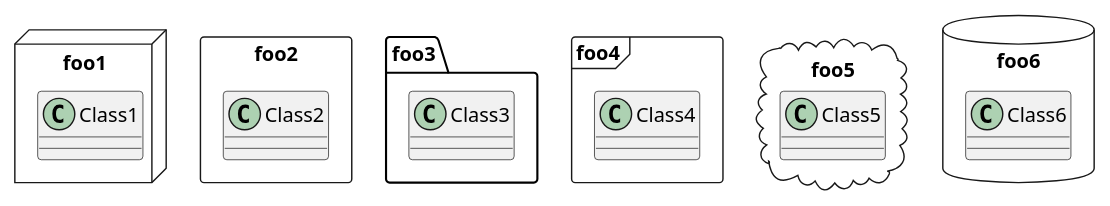
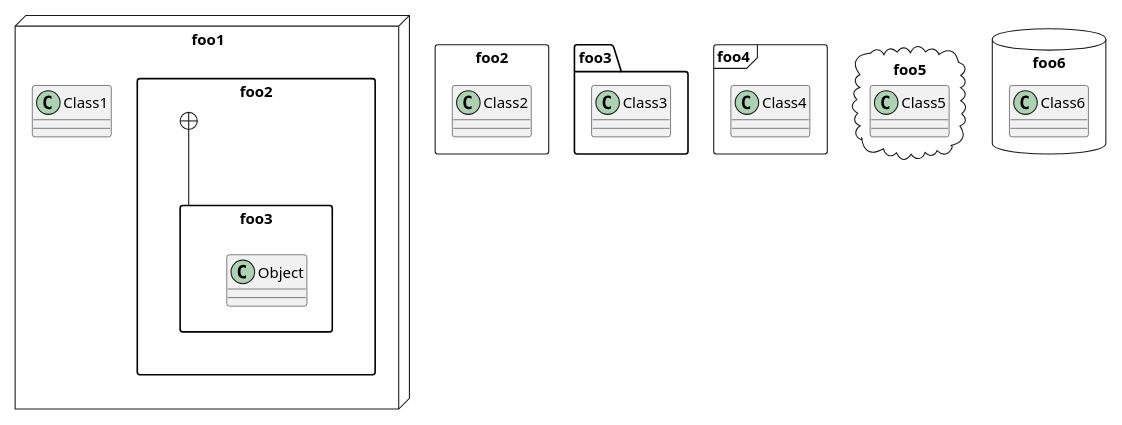
Before and after one commit to keinen-lab/plantUML: the diagram in class diagram/17. packages style.wsd, drawn with PlantUML.

Commit message:
add packages style addition
add packages style addition

```diff
--- a/class diagram/17. packages style.wsd
+++ b/class diagram/17. packages style.wsd
@@ -1,26 +1,38 @@
 @startuml
 scale 750 width
 package foo1 <<Node>> {
 	class Class1
 }
 
 package foo2 <<Rectangle>> {
 	class Class2
 }
 
 package foo3 <<Folder>> {
 	class Class3
 }
 
 package foo4 <<Frame>> {
 	class Class4
 }
 
 package foo5 <<Cloud>> {
 	class Class5
 }
 
 package foo6 <<Database>> {
 	class Class6
 }
+
+skinparam packageStyle rectangle
+
+package foo1.foo2 {
+
+}
+
+package foo1.foo2.foo3 {
+	class Object
+}
+
+foo1.foo2 +-- foo1.foo2.foo3
 @enduml
```
